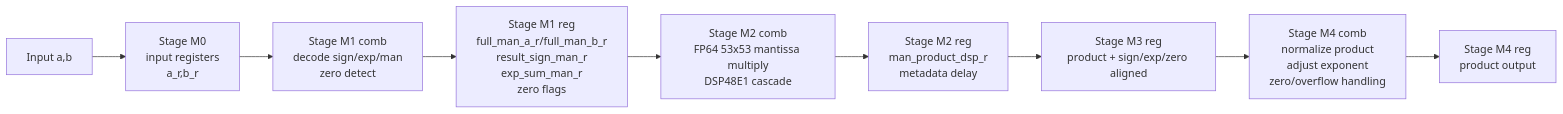
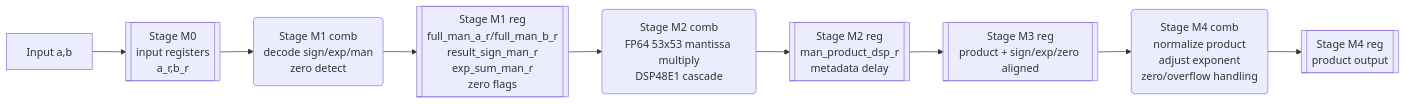
Before and after one commit to RESBI/FPGA-Mandelbrot-Demo: the first of 11 diagrams in ARCHITECTURE.md, drawn with Mermaid. The commit also changed other lines of this file, not shown here.

Commit message:
Differentiate pipeline diagram stages

````diff
--- a/ARCHITECTURE.md
+++ b/ARCHITECTURE.md
@@ -193,11 +193,11 @@
 ```mermaid
 flowchart LR
-    IN["Input a,b"] --> R0["Stage M0<br/>input registers<br/>a_r,b_r"]
-    R0 --> D0["Stage M1 comb<br/>decode sign/exp/man<br/>zero detect"]
-    D0 --> R1["Stage M1 reg<br/>full_man_a_r/full_man_b_r<br/>result_sign_man_r<br/>exp_sum_man_r<br/>zero flags"]
-    R1 --> DSP["Stage M2 comb<br/>FP64 53x53 mantissa multiply<br/>DSP48E1 cascade"]
-    DSP --> R2["Stage M2 reg<br/>man_product_dsp_r<br/>metadata delay"]
-    R2 --> R3["Stage M3 reg<br/>product + sign/exp/zero aligned"]
-    R3 --> NORM["Stage M4 comb<br/>normalize product<br/>adjust exponent<br/>zero/overflow handling"]
-    NORM --> OUT["Stage M4 reg<br/>product output"]
+    IN["Input a,b"] --> R0[["Stage M0<br/>input registers<br/>a_r,b_r"]]
+    R0 --> D0("Stage M1 comb<br/>decode sign/exp/man<br/>zero detect")
+    D0 --> R1[["Stage M1 reg<br/>full_man_a_r/full_man_b_r<br/>result_sign_man_r<br/>exp_sum_man_r<br/>zero flags"]]
+    R1 --> DSP("Stage M2 comb<br/>FP64 53x53 mantissa multiply<br/>DSP48E1 cascade")
+    DSP --> R2[["Stage M2 reg<br/>man_product_dsp_r<br/>metadata delay"]]
+    R2 --> R3[["Stage M3 reg<br/>product + sign/exp/zero aligned"]]
+    R3 --> NORM("Stage M4 comb<br/>normalize product<br/>adjust exponent<br/>zero/overflow handling")
+    NORM --> OUT[["Stage M4 reg<br/>product output"]]
 ```
````
